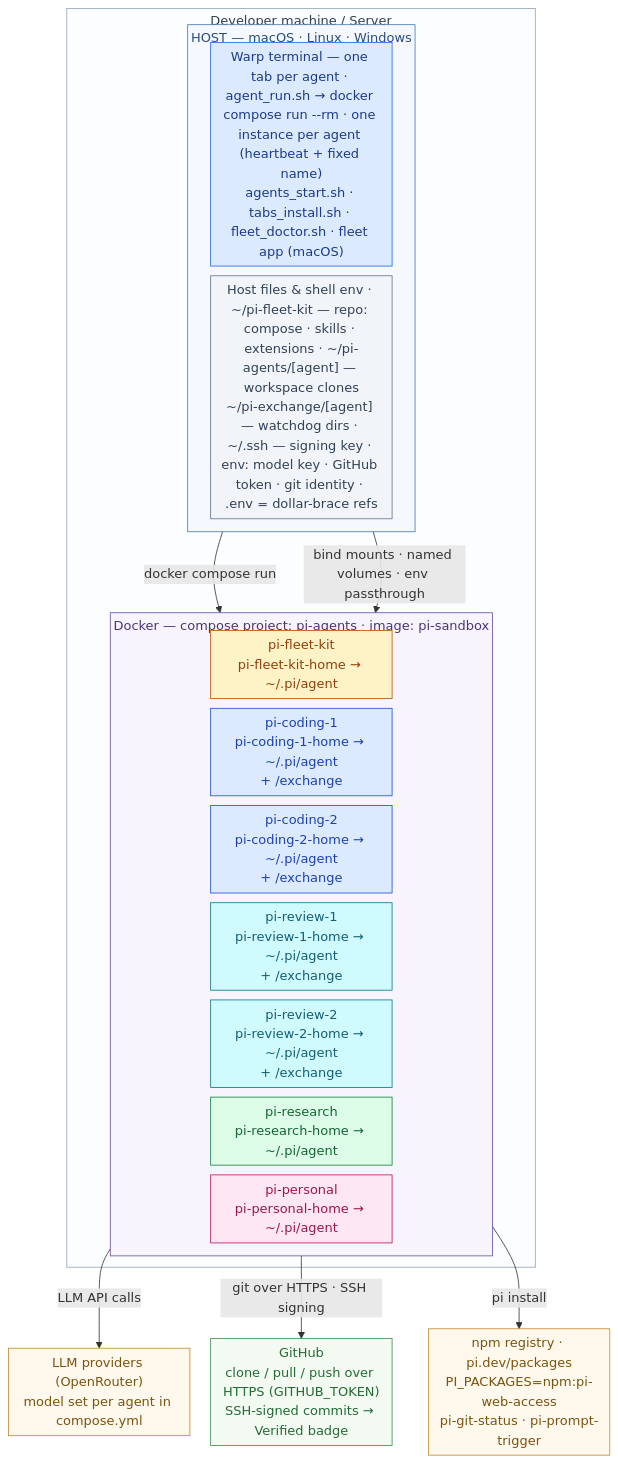
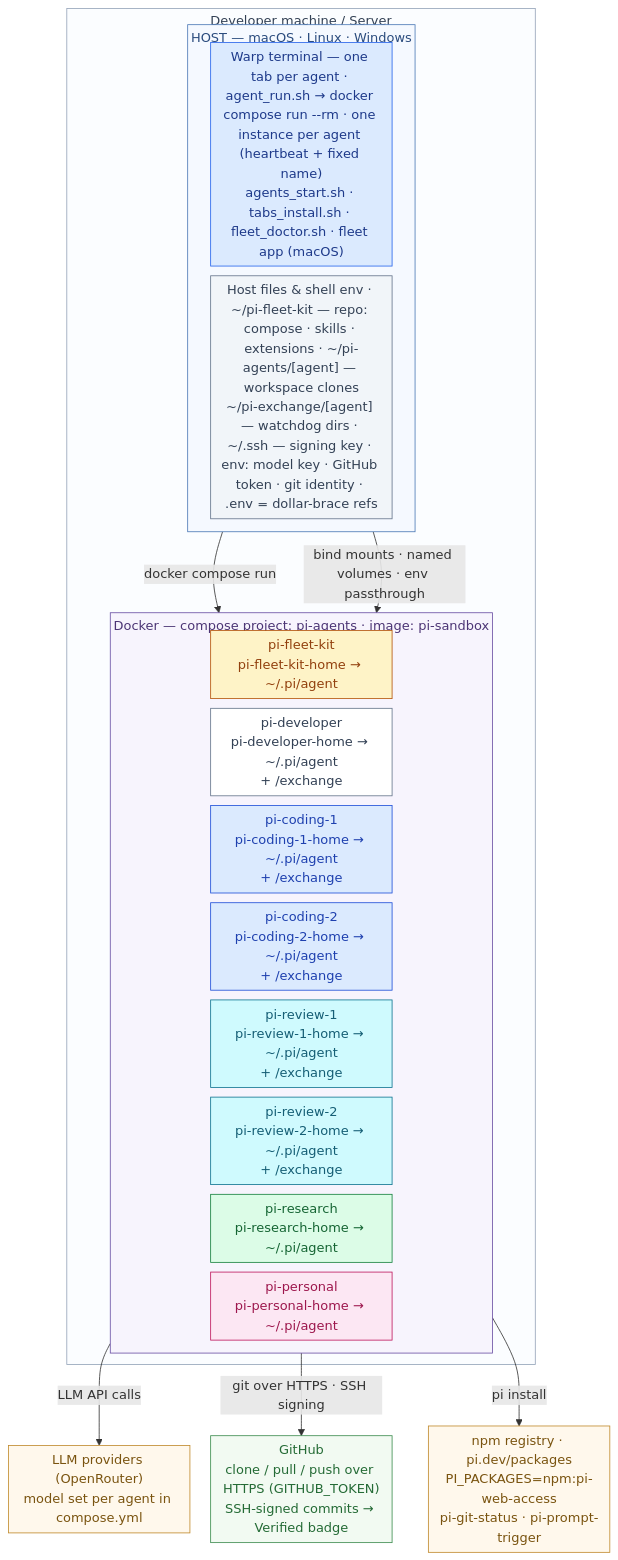
The diagram in README.md (didier-durand/pi-fleet-kit), drawn with Mermaid before and after one commit. The commit also changed other lines of this file and 7 other files, not shown here.

First line of the commit message:
Add pi-developer agent (before pi-coding-1 in definition order)

````diff
--- a/README.md
+++ b/README.md
@@ -118,54 +119,57 @@
 ```mermaid
 %%{init: {"flowchart": {"nodeSpacing": 12, "rankSpacing": 28, "padding": 6, "diagramPadding": 8, "subGraphTitleMargin": {"top": 4, "bottom": 2}}}}%%
 flowchart TB
   subgraph MACHINE["Developer machine / Server"]
     subgraph HOST["HOST — macOS · Linux · Windows"]
     direction LR
     WARP["Warp terminal — one tab per agent · agent_run.sh → docker compose run --rm · one instance per agent (heartbeat + fixed name)<br/>agents_start.sh · tabs_install.sh · fleet_doctor.sh · fleet app (macOS)"]
     FILES["Host files & shell env · ~/pi-fleet-kit — repo: compose · skills · extensions · ~/pi-agents/[agent] — workspace clones<br/>~/pi-exchange/[agent] — watchdog dirs · ~/.ssh — signing key · env: model key · GitHub token · git identity · .env = dollar-brace refs"]
   end
   subgraph DOCKER["Docker — compose project: pi-agents · image: pi-sandbox"]
     direction LR
     FLEET["pi-fleet-kit<br/>pi-fleet-kit-home → ~/.pi/agent"]
+    DEV["pi-developer<br/>pi-developer-home → ~/.pi/agent<br/>+ /exchange"]
     CODING["pi-coding-1<br/>pi-coding-1-home → ~/.pi/agent<br/>+ /exchange"]
     CODING2["pi-coding-2<br/>pi-coding-2-home → ~/.pi/agent<br/>+ /exchange"]
     REVIEW["pi-review-1<br/>pi-review-1-home → ~/.pi/agent<br/>+ /exchange"]
     REVIEW2["pi-review-2<br/>pi-review-2-home → ~/.pi/agent<br/>+ /exchange"]
     RESEARCH["pi-research<br/>pi-research-home → ~/.pi/agent"]
     PERSONAL["pi-personal<br/>pi-personal-home → ~/.pi/agent"]
   end
   end
   LLM["LLM providers (OpenRouter)<br/>model set per agent in compose.yml"]
   GH["GitHub<br/>clone / pull / push over HTTPS (GITHUB_TOKEN)<br/>SSH-signed commits → Verified badge"]
   NPM["npm registry · pi.dev/packages<br/>PI_PACKAGES=npm:pi-web-access<br/>pi-git-status · pi-prompt-trigger"]
   HOST -->|"docker compose run"| DOCKER
   HOST -->|"bind mounts · named volumes · env passthrough"| DOCKER
   DOCKER -->|"LLM API calls"| LLM
   DOCKER -->|"git over HTTPS · SSH signing"| GH
   DOCKER -->|"pi install"| NPM
   classDef warp fill:#DBEAFE,stroke:#2563EB,color:#1E3A8A
   classDef files fill:#F1F5F9,stroke:#64748B,color:#334155
   classDef yellow fill:#FEF3C7,stroke:#B45309,color:#92400E
   classDef blue fill:#DBEAFE,stroke:#1D4ED8,color:#1E40AF
   classDef cyan fill:#CFFAFE,stroke:#0E7490,color:#155E75
   classDef green fill:#DCFCE7,stroke:#15803D,color:#166534
   classDef magenta fill:#FCE7F3,stroke:#BE185D,color:#9D174D
+  classDef white fill:#FFFFFF,stroke:#64748B,color:#334155
   classDef llm fill:#FFF8EC,stroke:#C08A2D,color:#7A5410
   classDef gh fill:#F2FAF2,stroke:#3C8C4E,color:#256B36
   classDef npm fill:#FFF8EC,stroke:#C08A2D,color:#7A5410
   class WARP warp
   class FILES files
   class FLEET yellow
+  class DEV white
   class CODING blue
   class CODING2 blue
   class REVIEW cyan
   class REVIEW2 cyan
   class RESEARCH green
   class PERSONAL magenta
   class LLM llm
   class GH gh
   class NPM npm
   style HOST fill:#F5F9FF,stroke:#4A78B5,color:#2B4C7E
   style DOCKER fill:#F7F4FD,stroke:#6A4FA3,color:#4C3575
   style MACHINE fill:#FBFDFF,stroke:#94A3B8,color:#334155
 ```
````
